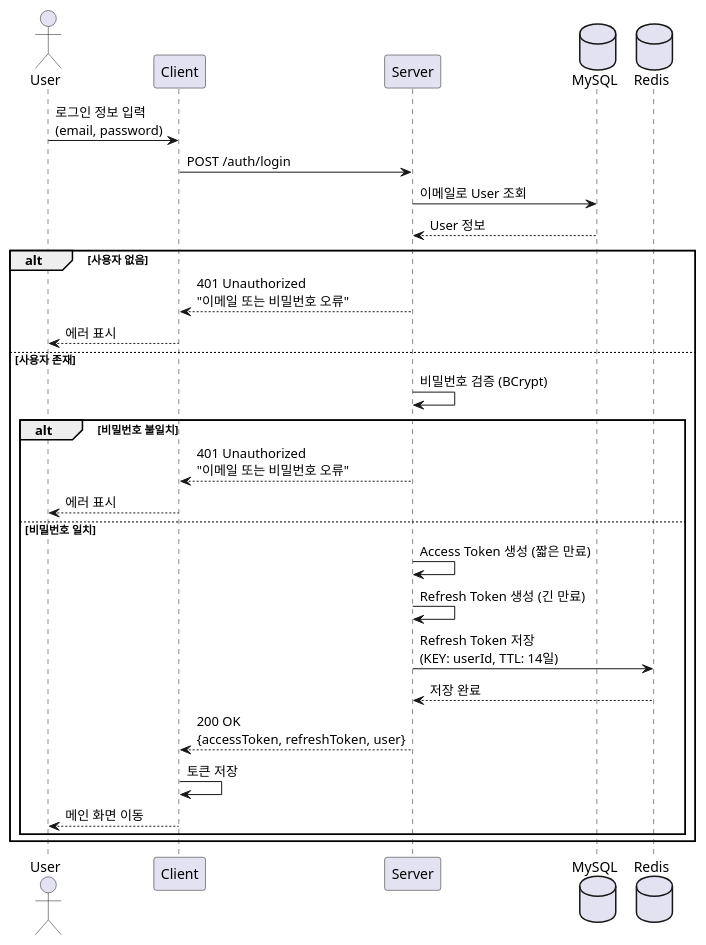
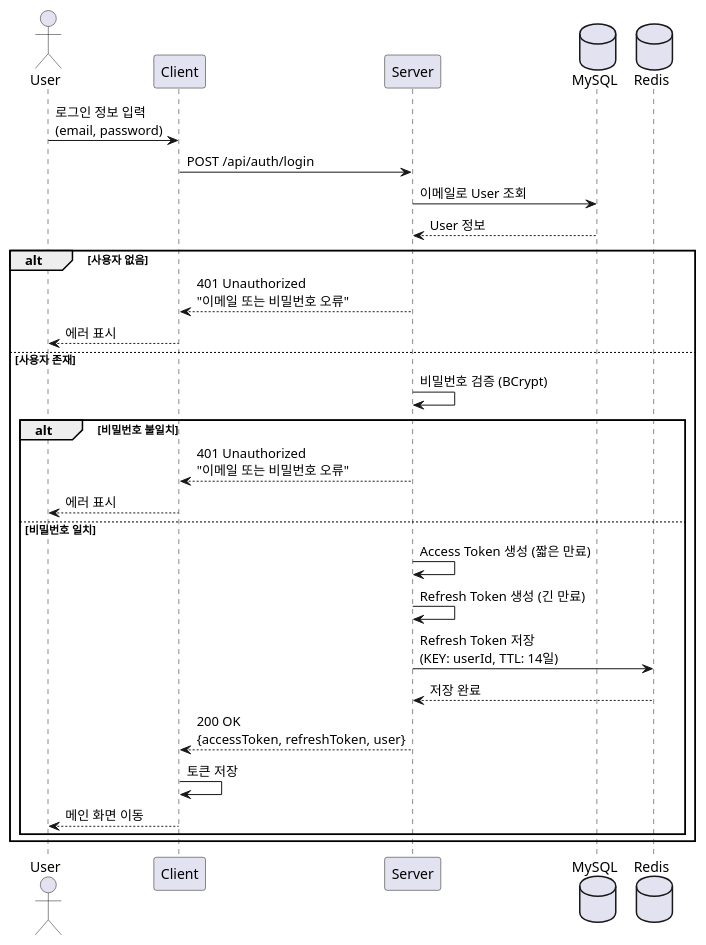
One commit to daily-one-page/daily-one-page-backend changed the second of 29 diagrams in docs/sequence-diagram.md. Above: the diagram before and after it, drawn with PlantUML. The commit also changed other lines of this file and 38 other files, not shown here.

First line of the commit message:
docs: Sync API spec, ERD, Sequence Diagram and add Postman Collection

````diff
--- a/docs/sequence-diagram.md
+++ b/docs/sequence-diagram.md
@@ -41,35 +41,35 @@
 ```plantuml
 @startuml 로그인
 actor User
 participant Client
 participant Server
 database MySQL
 database Redis
 
 User -> Client: 로그인 정보 입력\n(email, password)
-Client -> Server: POST /auth/login
+Client -> Server: POST /api/auth/login
 Server -> MySQL: 이메일로 User 조회
 MySQL --> Server: User 정보
 
 alt 사용자 없음
     Server --> Client: 401 Unauthorized\n"이메일 또는 비밀번호 오류"
     Client --> User: 에러 표시
 else 사용자 존재
     Server -> Server: 비밀번호 검증 (BCrypt)
     
     alt 비밀번호 불일치
         Server --> Client: 401 Unauthorized\n"이메일 또는 비밀번호 오류"
         Client --> User: 에러 표시
     else 비밀번호 일치
         Server -> Server: Access Token 생성 (짧은 만료)
         Server -> Server: Refresh Token 생성 (긴 만료)
         Server -> Redis: Refresh Token 저장\n(KEY: userId, TTL: 14일)
         Redis --> Server: 저장 완료
         Server --> Client: 200 OK\n{accessToken, refreshToken, user}
         Client -> Client: 토큰 저장
         Client --> User: 메인 화면 이동
     end
 end
 
 @enduml
 ```
````
